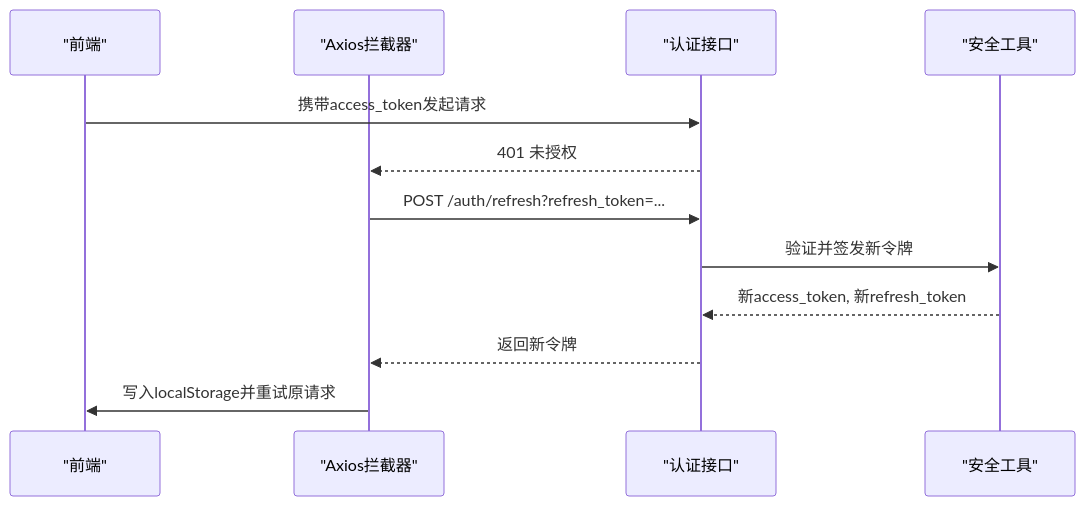
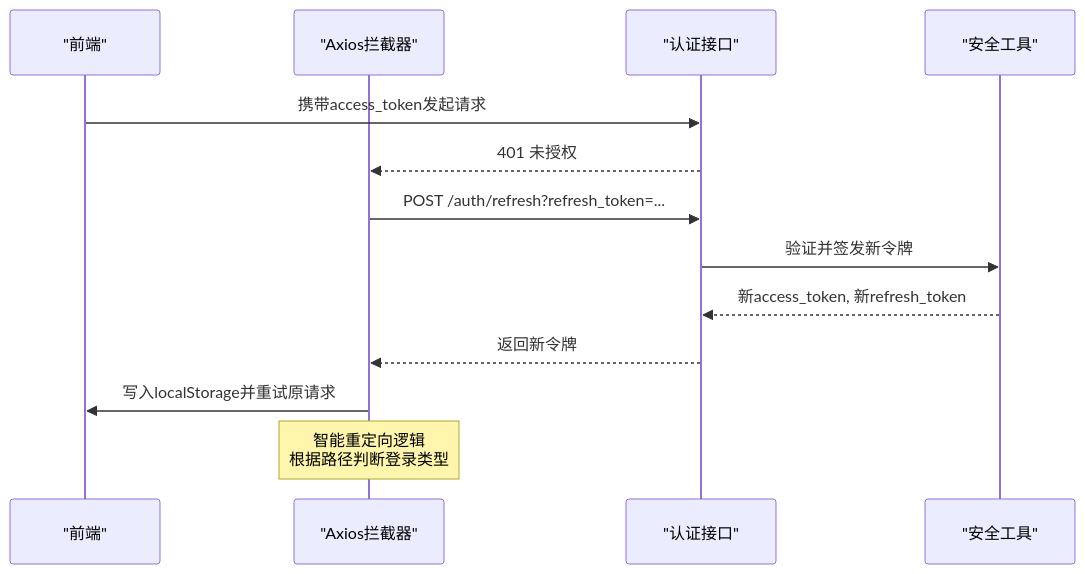
The third of 5 diagrams in .qoder/repowiki/zh/content/API接口文档/认证API.md (Miyuan2018/ruicheng-edu-system), drawn with Mermaid before and after one commit. The commit also changed other lines of this file and 6 other files, not shown here.

````diff
--- a/.qoder/repowiki/zh/content/API接口文档/认证API.md
+++ b/.qoder/repowiki/zh/content/API接口文档/认证API.md
@@ -264,14 +277,15 @@
 ```mermaid
 sequenceDiagram
 participant FE as "前端"
 participant AX as "Axios拦截器"
 participant API as "认证接口"
 participant SEC as "安全工具"
 FE->>API : 携带access_token发起请求
 API-->>AX : 401 未授权
 AX->>API : POST /auth/refresh?refresh_token=...
 API->>SEC : 验证并签发新令牌
 SEC-->>API : 新access_token, 新refresh_token
 API-->>AX : 返回新令牌
 AX->>FE : 写入localStorage并重试原请求
+Note over AX : 智能重定向逻辑<br/>根据路径判断登录类型
 ```
````
